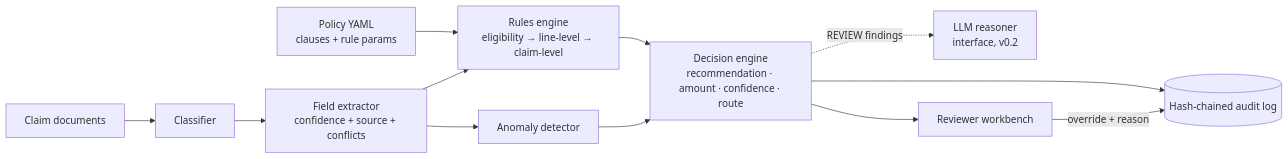
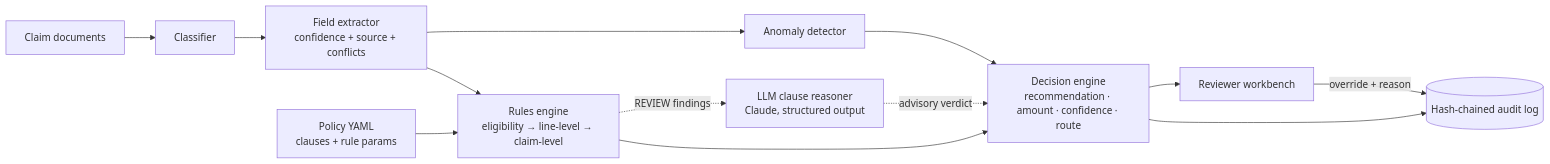
The diagram in README.md (sofasylph/Heal), drawn with Mermaid before and after one commit. The commit also changed other lines of this file and 20 other files, not shown here.

````diff
--- a/README.md
+++ b/README.md
@@ -77,14 +118,15 @@
 ```mermaid
 flowchart LR
   D[Claim documents] --> C[Classifier]
   C --> X[Field extractor<br/>confidence + source + conflicts]
   P[Policy YAML<br/>clauses + rule params] --> R
   X --> R[Rules engine<br/>eligibility → line-level → claim-level]
   X --> A[Anomaly detector]
   R --> DE[Decision engine<br/>recommendation · amount · confidence · route]
   A --> DE
-  DE -. REVIEW findings .-> L[LLM reasoner<br/>interface, v0.2]
+  R -. REVIEW findings .-> L[LLM clause reasoner<br/>Claude, structured output]
+  L -. advisory verdict .-> DE
   DE --> AU[(Hash-chained audit log)]
   DE --> UI[Reviewer workbench]
   UI -- override + reason --> AU
 ```
````
